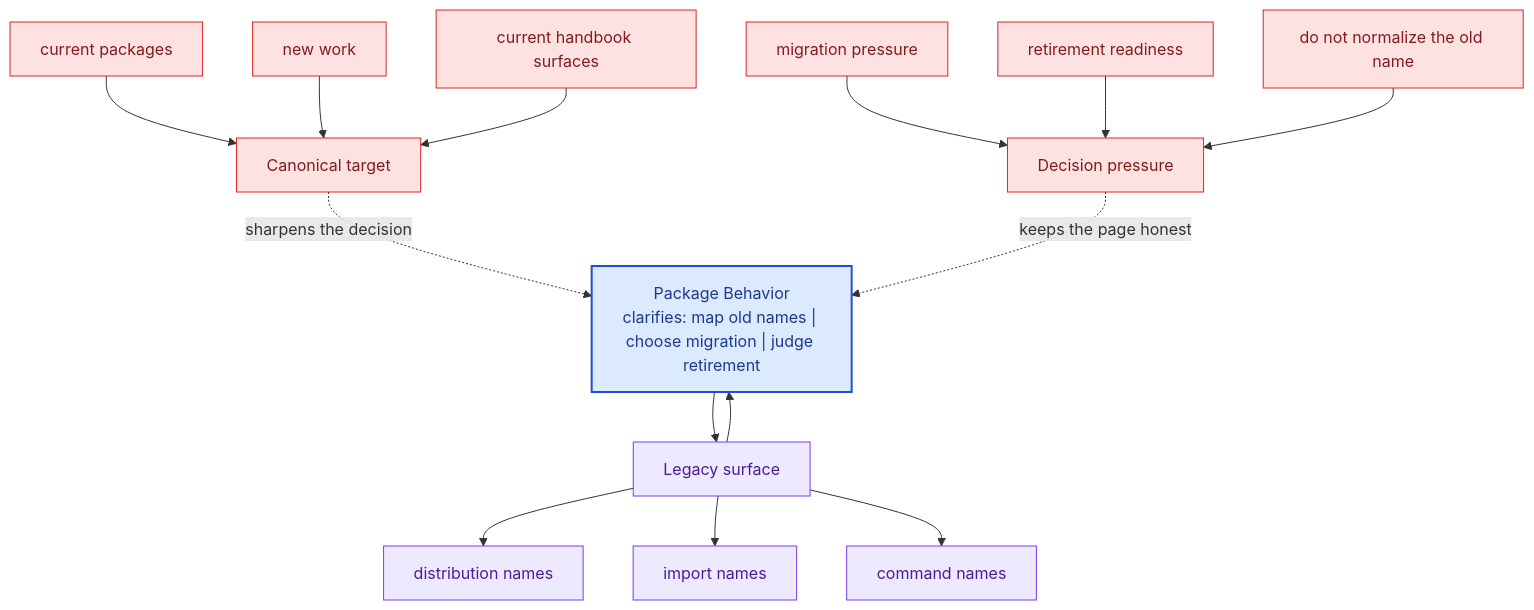
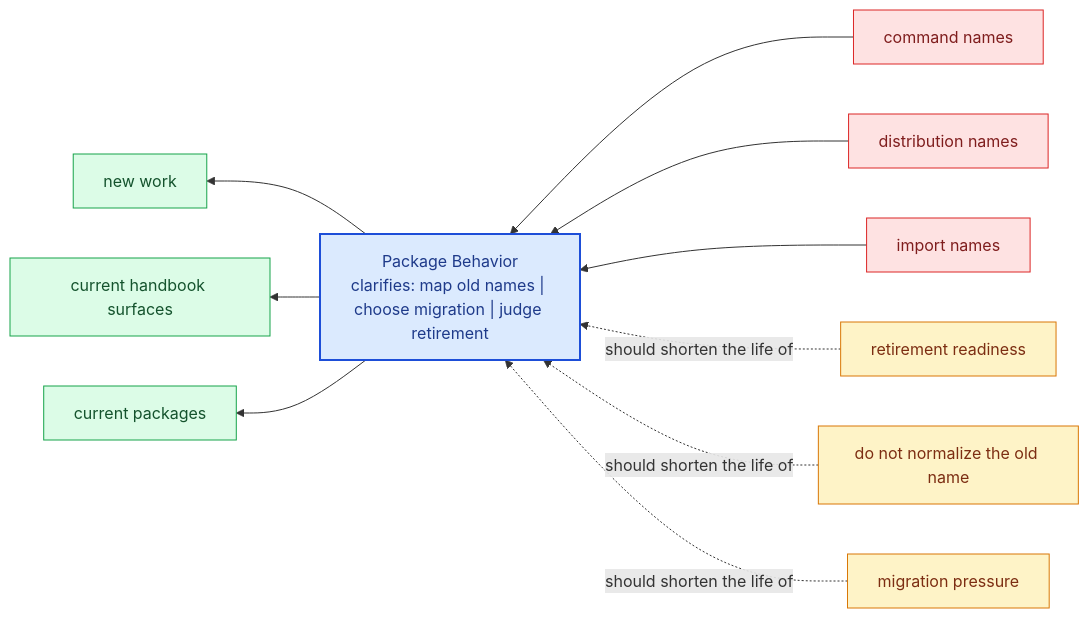
The diagram in docs/compat-packages/package-behavior.md (bijux/bijux-canon), drawn with Mermaid before and after one commit. The commit also changed other lines of this file and 281 other files, not shown here.

Commit message:
docs(diagrams): replace repeated mermaid scaffolds with page-specific summaries

````diff
--- a/docs/compat-packages/package-behavior.md
+++ b/docs/compat-packages/package-behavior.md
@@ -68,40 +23,31 @@
 ```mermaid
-flowchart TB
-    promise["Package Behavior<br/>clarifies: map old names | choose migration | judge retirement"]
-    classDef promise fill:#dbeafe,stroke:#1d4ed8,color:#1e3a8a,stroke-width:2px;
-    classDef driver fill:#dcfce7,stroke:#16a34a,color:#14532d;
-    classDef constraint fill:#fee2e2,stroke:#dc2626,color:#7f1d1d;
-    classDef ground fill:#ede9fe,stroke:#7c3aed,color:#4c1d95;
-    focus1["Legacy surface"]
-    focus1 --> promise
-    promise --> focus1
-    focus1_1["distribution names"]
-    focus1 --> focus1_1
-    focus1_2["import names"]
-    focus1 --> focus1_2
-    focus1_3["command names"]
-    focus1 --> focus1_3
-    class focus1 ground;
-    class focus1_1,focus1_2,focus1_3 ground;
-    focus2["Canonical target"]
-    focus2 -.sharpens the decision.-> promise
-    focus2_1["current packages"]
-    focus2_1 --> focus2
-    focus2_2["new work"]
-    focus2_2 --> focus2
-    focus2_3["current handbook surfaces"]
-    focus2_3 --> focus2
-    class focus2 constraint;
-    class focus2_1,focus2_2,focus2_3 constraint;
-    focus3["Decision pressure"]
-    focus3 -.keeps the page honest.-> promise
-    focus3_1["migration pressure"]
-    focus3_1 --> focus3
-    focus3_2["retirement readiness"]
-    focus3_2 --> focus3
-    focus3_3["do not normalize the old name"]
-    focus3_3 --> focus3
-    class focus3 constraint;
-    class focus3_1,focus3_2,focus3_3 constraint;
-    class promise promise;
+flowchart RL
+    page["Package Behavior<br/>clarifies: map old names | choose migration | judge retirement"]
+    classDef page fill:#dbeafe,stroke:#1d4ed8,color:#1e3a8a,stroke-width:2px;
+    classDef positive fill:#dcfce7,stroke:#16a34a,color:#14532d;
+    classDef caution fill:#fee2e2,stroke:#dc2626,color:#7f1d1d;
+    classDef anchor fill:#ede9fe,stroke:#7c3aed,color:#4c1d95;
+    classDef action fill:#fef3c7,stroke:#d97706,color:#7c2d12;
+    legacy1["command names"]
+    legacy1 --> page
+    legacy2["distribution names"]
+    legacy2 --> page
+    legacy3["import names"]
+    legacy3 --> page
+    canon1["new work"]
+    page --> canon1
+    canon2["current handbook surfaces"]
+    page --> canon2
+    canon3["current packages"]
+    page --> canon3
+    pressure1["retirement readiness"]
+    pressure1 -.should shorten the life of.-> page
+    pressure2["do not normalize the old name"]
+    pressure2 -.should shorten the life of.-> page
+    pressure3["migration pressure"]
+    pressure3 -.should shorten the life of.-> page
+    class page page;
+    class legacy1,legacy2,legacy3 caution;
+    class canon1,canon2,canon3 positive;
+    class pressure1,pressure2,pressure3 action;
 ```
````
